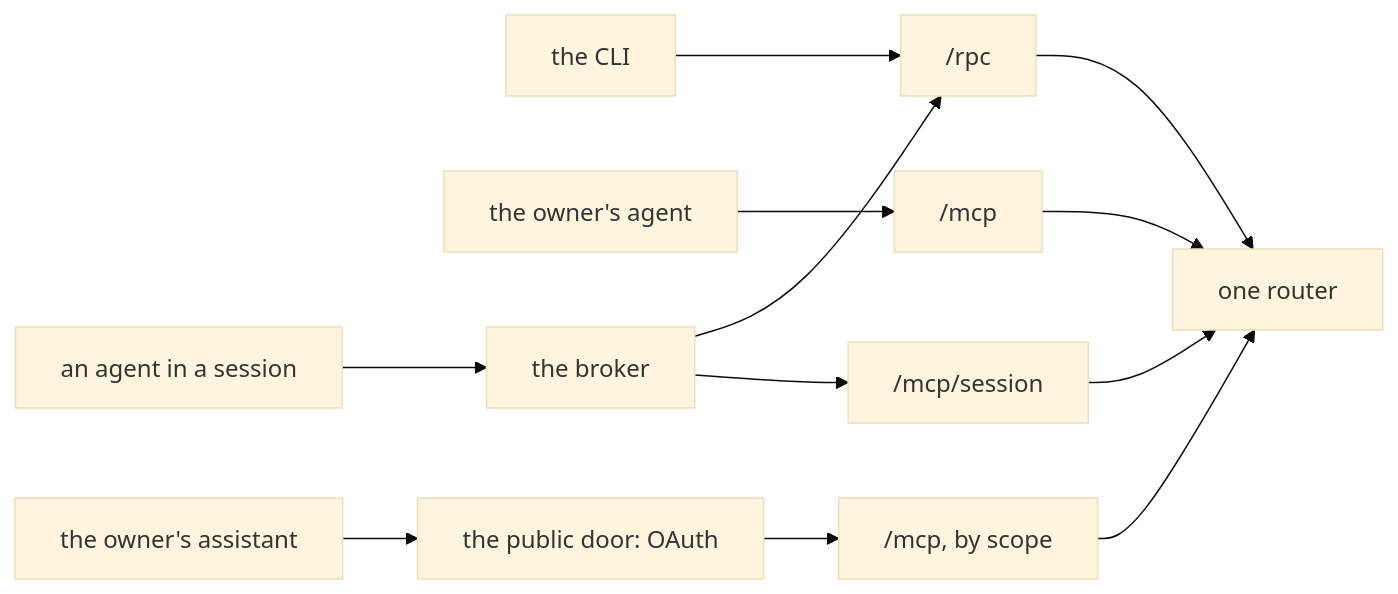
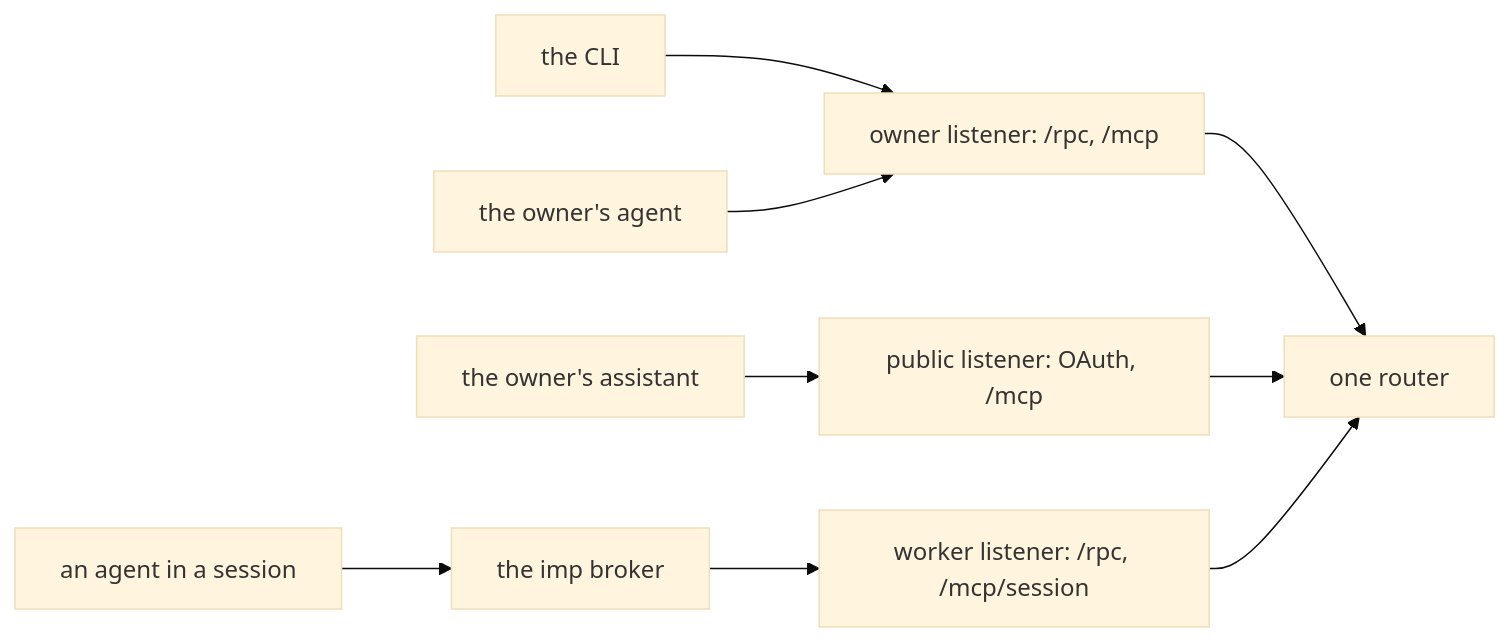
The diagram in docs/architecture/interfaces/api-and-auth.md (zgeoff/boxxy), drawn with Mermaid (base theme) before and after one commit. The commit also changed other lines of this file and 13 other files, not shown here.

Commit message:
docs: act on the cold reads of the architecture docs

````diff
--- a/docs/architecture/interfaces/api-and-auth.md
+++ b/docs/architecture/interfaces/api-and-auth.md
@@ -21,13 +24,11 @@
 ```mermaid
 flowchart LR
-  cli[the CLI] --> rpc["/rpc"]
-  owner[the owner's agent] --> mcp["/mcp"]
-  remote[the owner's assistant] --> oauth[the public door: OAuth] --> pmcp["/mcp, by scope"]
-  session[an agent in a session] --> broker[the broker]
-  broker --> rpc
-  broker --> smcp["/mcp/session"]
-  rpc --> router[one router]
-  mcp --> router
-  pmcp --> router
-  smcp --> router
+  cli[the CLI] --> owner_l["owner listener: /rpc, /mcp"]
+  agent[the owner's agent] --> owner_l
+  assistant[the owner's assistant] --> public_l["public listener: OAuth, /mcp"]
+  session[an agent in a session] --> broker[the imp broker]
+  broker --> worker_l["worker listener: /rpc, /mcp/session"]
+  owner_l --> router[one router]
+  public_l --> router
+  worker_l --> router
 ```
````
